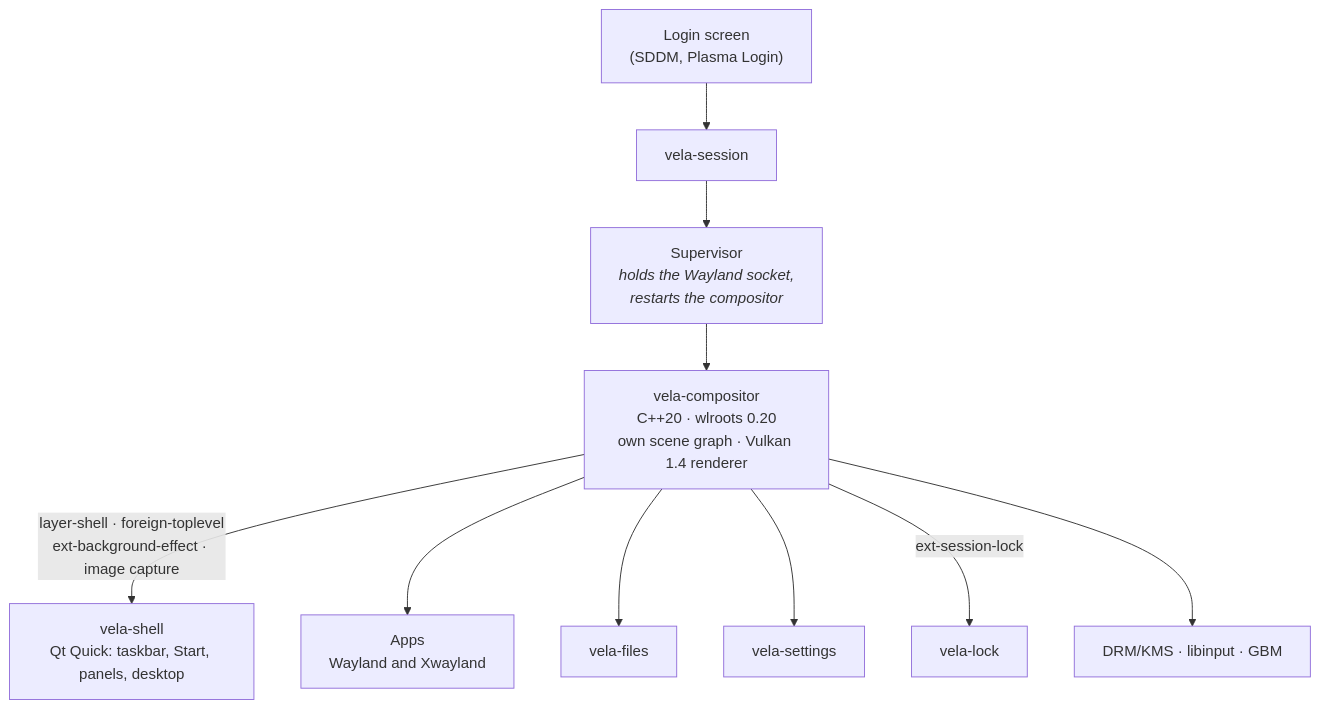
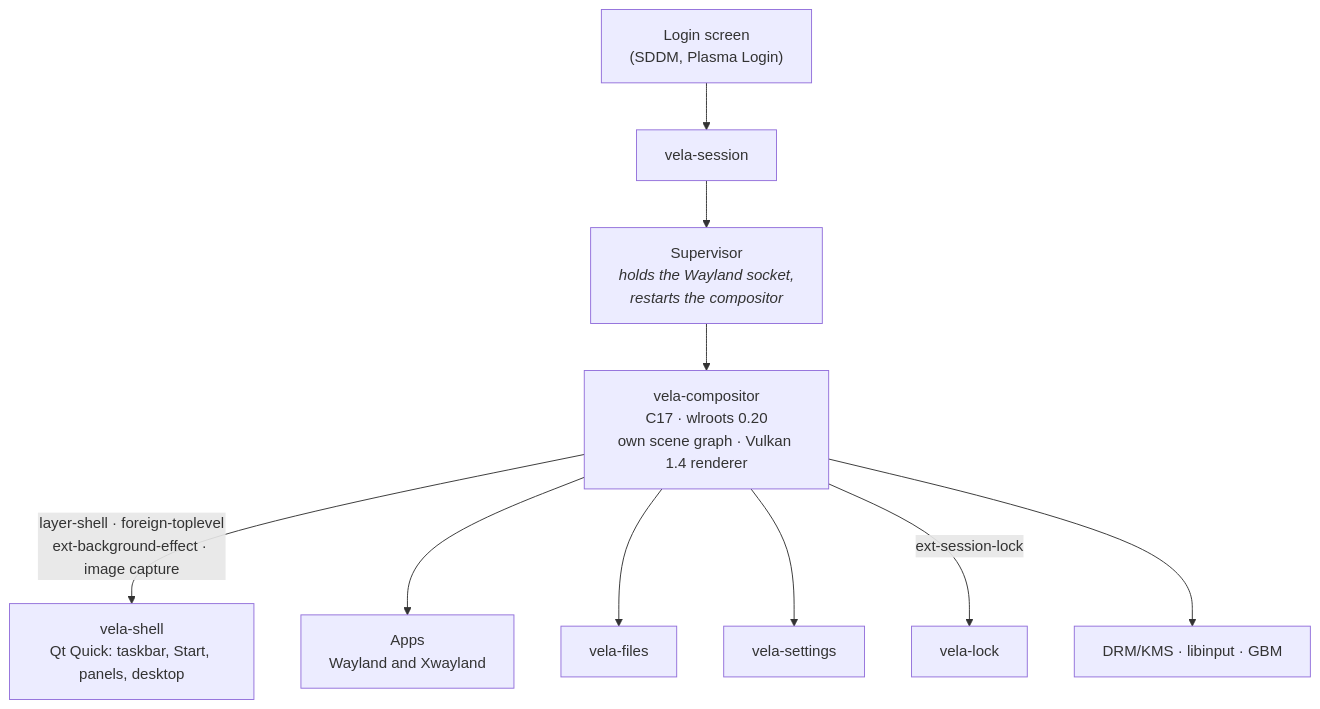
One commit to BrandoDev/vela changed the diagram in README.md. Above: the diagram before and after it, drawn with Mermaid. The commit also changed other lines of this file and 198 other files, not shown here.

````diff
--- a/README.md
+++ b/README.md
@@ -364,12 +364,12 @@
 ```mermaid
 flowchart TB
     DM["Login screen<br/>(SDDM, Plasma Login)"] --> S["vela-session"]
     S --> SUP["Supervisor<br/><i>holds the Wayland socket,<br/>restarts the compositor</i>"]
-    SUP --> C["vela-compositor<br/>C++20 · wlroots 0.20<br/>own scene graph · Vulkan 1.4 renderer"]
+    SUP --> C["vela-compositor<br/>C17 · wlroots 0.20<br/>own scene graph · Vulkan 1.4 renderer"]
     C -- "layer-shell · foreign-toplevel<br/>ext-background-effect · image capture" --> SH["vela-shell<br/>Qt Quick: taskbar, Start, panels, desktop"]
     C --> APPS["Apps<br/>Wayland and Xwayland"]
     C --> F["vela-files"]
     C --> SET["vela-settings"]
     C -- "ext-session-lock" --> L["vela-lock"]
     C --> HW["DRM/KMS · libinput · GBM"]
 ```
````
